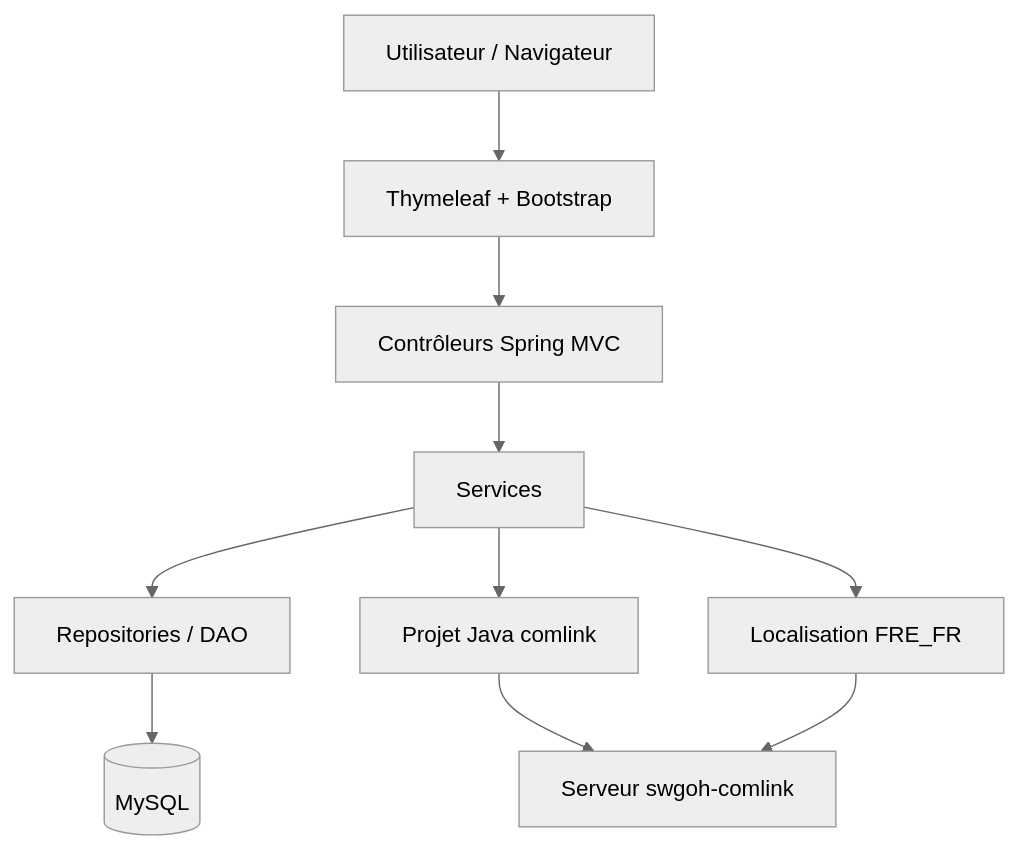
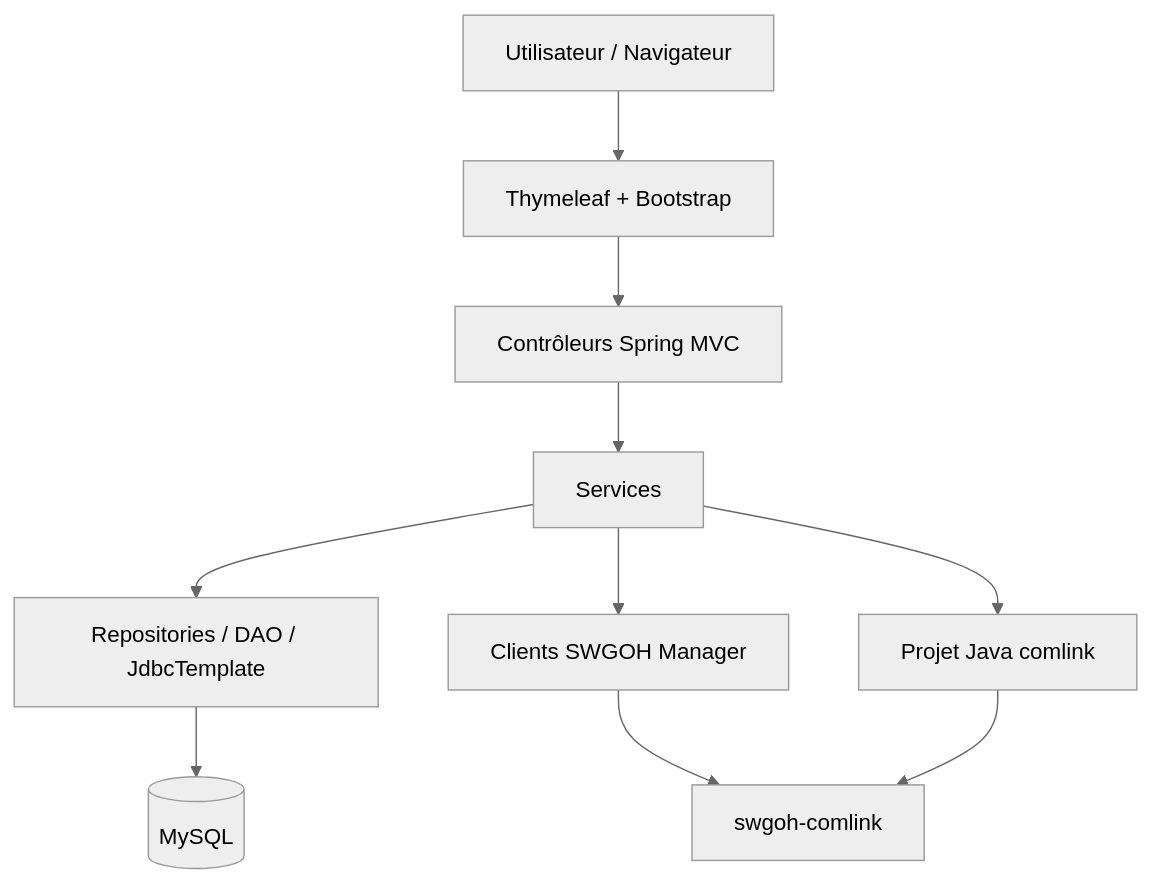
One commit to Xalkinn/swgoh-manager changed the first of 3 diagrams in README.md. Above: the diagram before and after it, drawn with Mermaid (neutral theme). The commit also changed other lines of this file and 14 other files, not shown here.

````diff
--- a/README.md
+++ b/README.md
@@ -315,25 +663,25 @@
 ```mermaid
 flowchart TD
     U[Utilisateur / Navigateur]
     T[Thymeleaf + Bootstrap]
     C[Contrôleurs Spring MVC]
     S[Services]
-    R[Repositories / DAO]
+    R[Repositories / DAO / JdbcTemplate]
     DB[(MySQL)]
 
-    CL[Projet Java comlink]
-    SC[Serveur swgoh-comlink]
-    LOC[Localisation FRE_FR]
+    CLIENTS[Clients SWGOH Manager]
+    LIB[Projet Java comlink]
+    SC[swgoh-comlink]
 
     U --> T
     T --> C
     C --> S
     S --> R
     R --> DB
 
-    S --> CL
-    CL --> SC
+    S --> CLIENTS
+    CLIENTS --> SC
 
-    S --> LOC
-    LOC --> SC
+    S --> LIB
+    LIB --> SC
 ```
````
